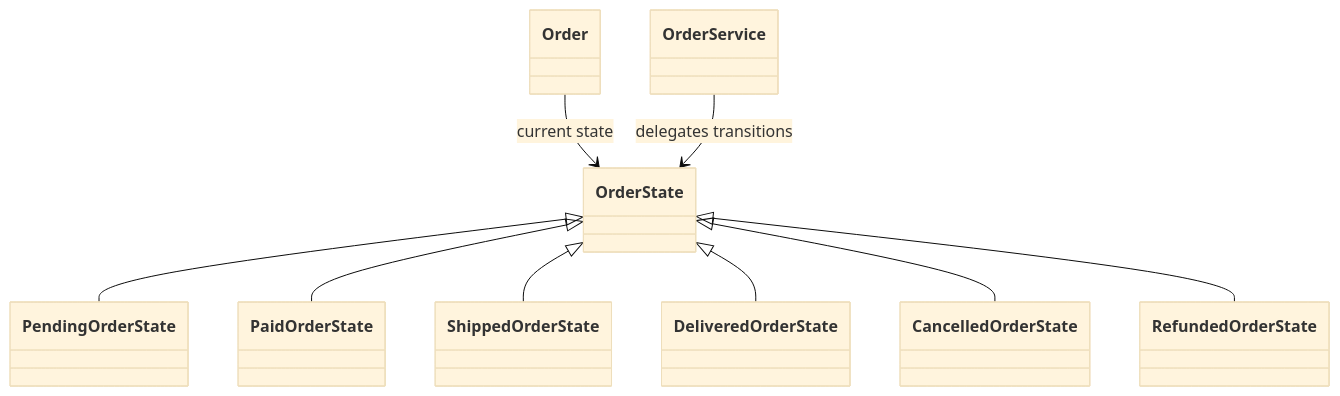
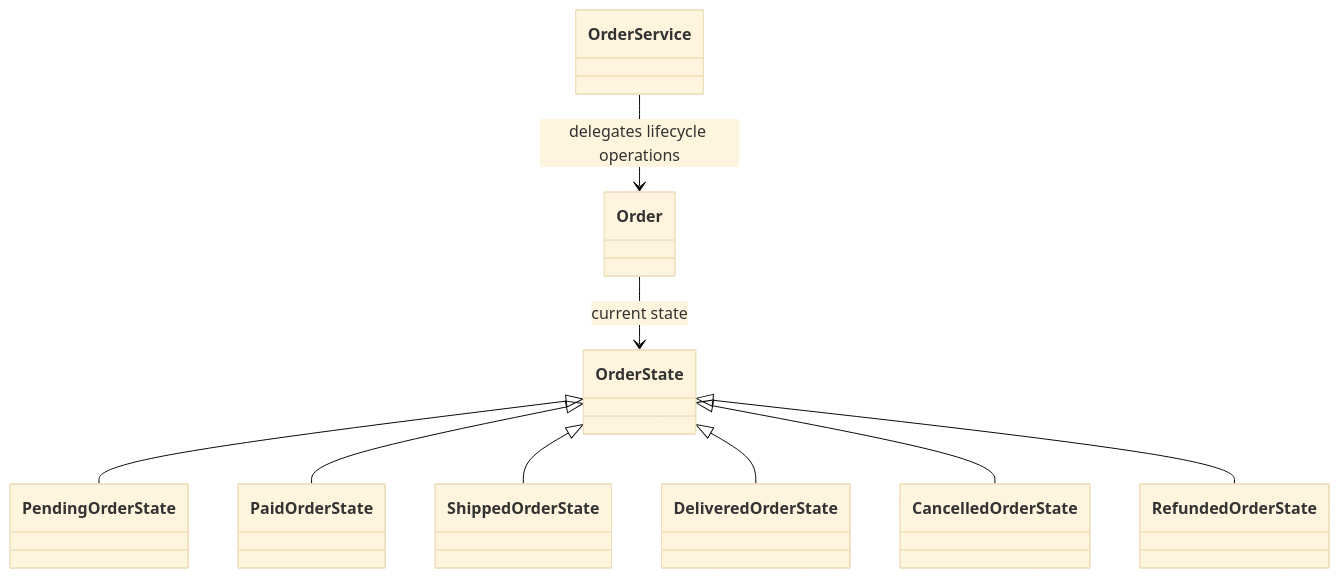
Before and after one commit to vaughnellis/gang-of-four-in-action: the first of 2 diagrams in patterns/behavioral/state/README.md, drawn with Mermaid (base theme). The commit also changed other lines of this file and 34 other files, not shown here.

````diff
--- a/patterns/behavioral/state/README.md
+++ b/patterns/behavioral/state/README.md
@@ -21,11 +61,11 @@
 ```mermaid
 classDiagram
-	Order --> OrderState : current state
-	OrderState <|-- PendingOrderState
-	OrderState <|-- PaidOrderState
-	OrderState <|-- ShippedOrderState
-	OrderState <|-- DeliveredOrderState
-	OrderState <|-- CancelledOrderState
-	OrderState <|-- RefundedOrderState
-	OrderService --> OrderState : delegates transitions
+    Order --> OrderState : current state
+    OrderState <|-- PendingOrderState
+    OrderState <|-- PaidOrderState
+    OrderState <|-- ShippedOrderState
+    OrderState <|-- DeliveredOrderState
+    OrderState <|-- CancelledOrderState
+    OrderState <|-- RefundedOrderState
+    OrderService --> Order : delegates lifecycle operations
 ```
````
